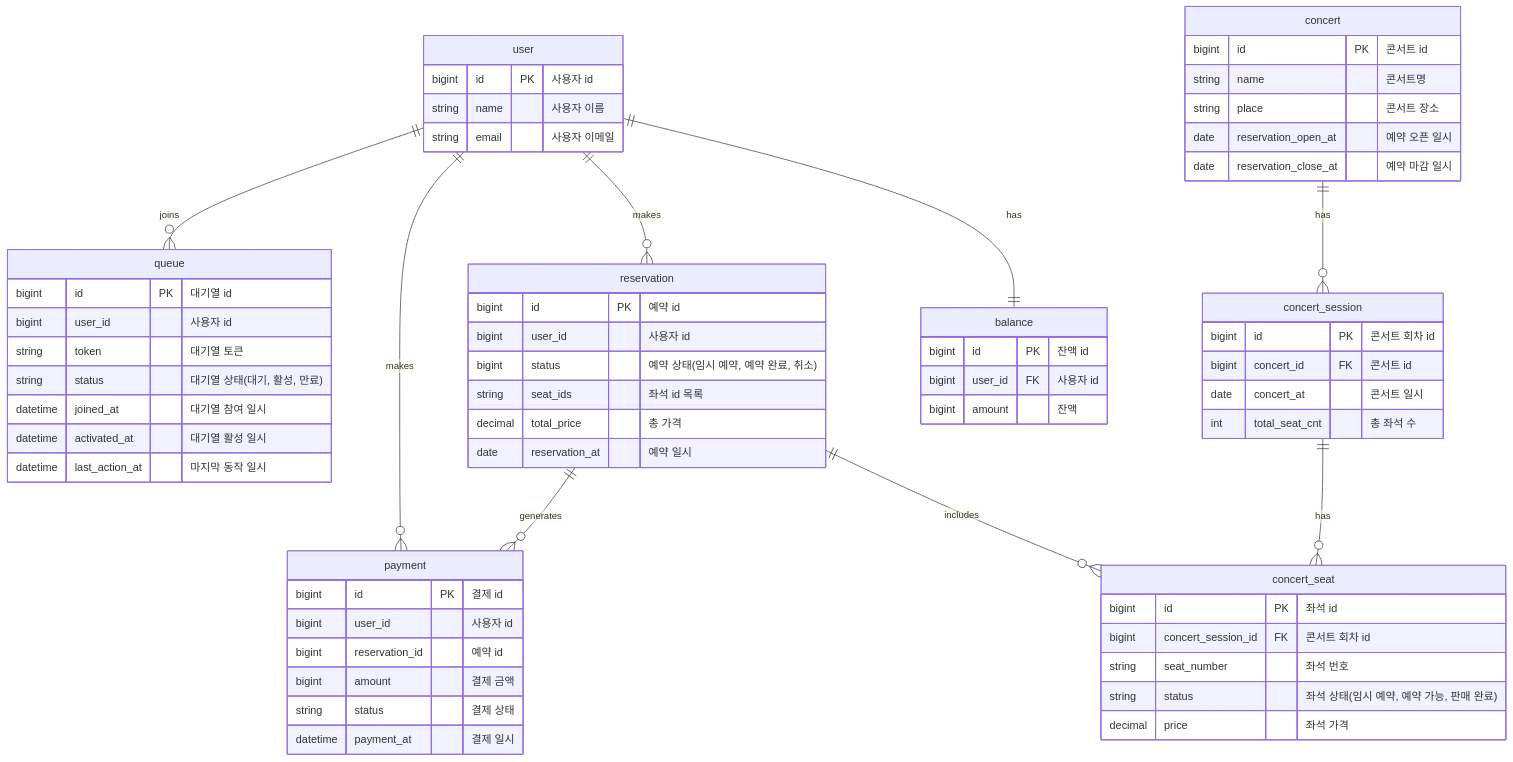
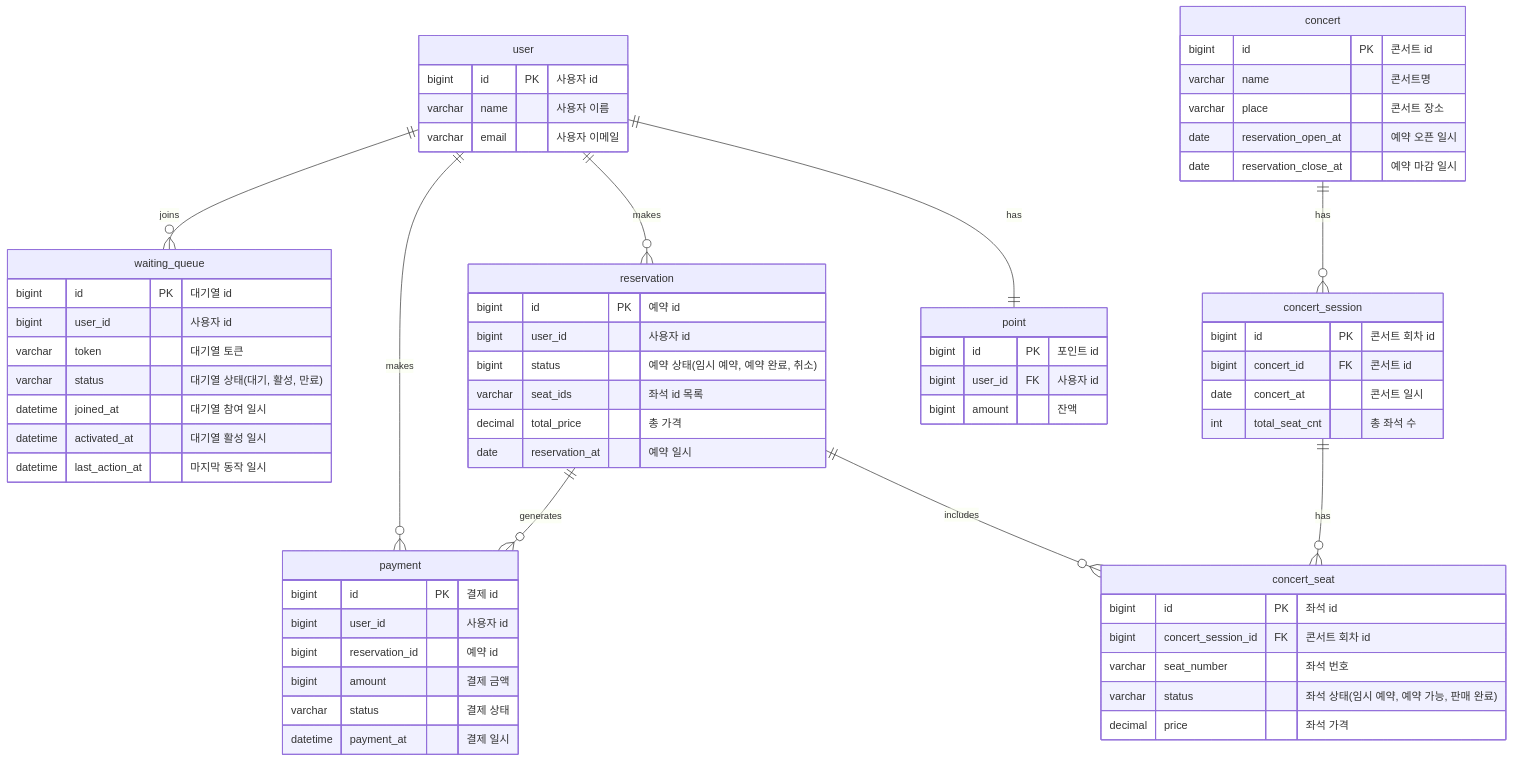
The diagram in docs/ERD.md (rueun/hhplus-concert-reservation), drawn with Mermaid before and after one commit.

Commit message:
docs: erd 변경

````diff
--- a/docs/ERD.md
+++ b/docs/ERD.md
@@ -1,79 +1,79 @@
 ```mermaid
 erDiagram
     user {
         bigint id PK "사용자 id"
-        string name "사용자 이름"
-        string email "사용자 이메일"
+        varchar name "사용자 이름"
+        varchar email "사용자 이메일"
     }
 
-    balance {
-        bigint id PK "잔액 id"
+    point {
+        bigint id PK "포인트 id"
         bigint user_id FK "사용자 id"
         bigint amount "잔액"
     }
 
-    queue {
+    waiting_queue {
         bigint id PK "대기열 id"
         bigint user_id "사용자 id"
-        string token "대기열 토큰"
-        string status "대기열 상태(대기, 활성, 만료)"
+        varchar token "대기열 토큰"
+        varchar status "대기열 상태(대기, 활성, 만료)"
         datetime joined_at "대기열 참여 일시"
         datetime activated_at "대기열 활성 일시"
         datetime last_action_at "마지막 동작 일시 "
     }
 
     concert {
         bigint id PK "콘서트 id"
-        string name "콘서트명"
-        string place "콘서트 장소"
+        varchar name "콘서트명"
+        varchar place "콘서트 장소"
         date reservation_open_at "예약 오픈 일시"
         date reservation_close_at "예약 마감 일시"
     }
 
     concert_session {
         bigint id PK "콘서트 회차 id"
         bigint concert_id FK "콘서트 id"
         date concert_at "콘서트 일시"
         int total_seat_cnt "총 좌석 수"
     }
 
     concert_seat {
         bigint id PK "좌석 id"
         bigint concert_session_id FK "콘서트 회차 id"
-        string seat_number "좌석 번호"
-        string status "좌석 상태(임시 예약, 예약 가능, 판매 완료)"
+        varchar seat_number "좌석 번호"
+        varchar status "좌석 상태(임시 예약, 예약 가능, 판매 완료)"
         decimal price "좌석 가격"
     }
 
     reservation {
         bigint id PK "예약 id"
         bigint user_id "사용자 id"
         bigint status "예약 상태(임시 예약, 예약 완료, 취소)"
-        string seat_ids "좌석 id 목록"
+        varchar seat_ids "좌석 id 목록"
         decimal total_price "총 가격"    
         date reservation_at "예약 일시"
     }
 
     payment {
         bigint id PK "결제 id"
         bigint user_id "사용자 id"
         bigint reservation_id "예약 id"
         bigint amount "결제 금액"
-        string status "결제 상태"
+        varchar status "결제 상태"
         datetime payment_at "결제 일시"
     }
 
 
 %% 관계 정의
-user ||--|| balance: "has"
+user ||--|| point: "has"
 user ||--o{ reservation: "makes"
 user ||--o{ payment: "makes"
-user ||--o{ queue: "joins"
+user ||--o{ waiting_queue: "joins"
 
 concert ||--o{ concert_session: "has"
 
 concert_session ||--o{ concert_seat: "has"
 
 reservation ||--o{ concert_seat: "includes"
 reservation ||--o{ payment: "generates"
 ```
````
